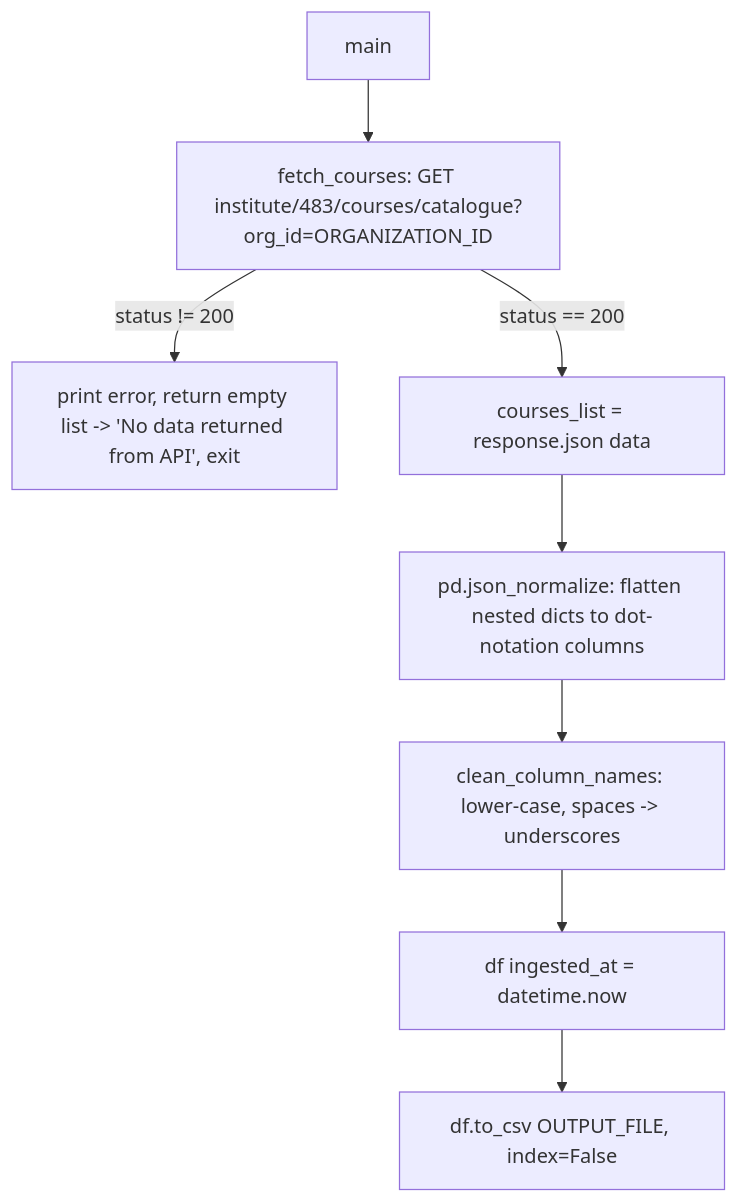
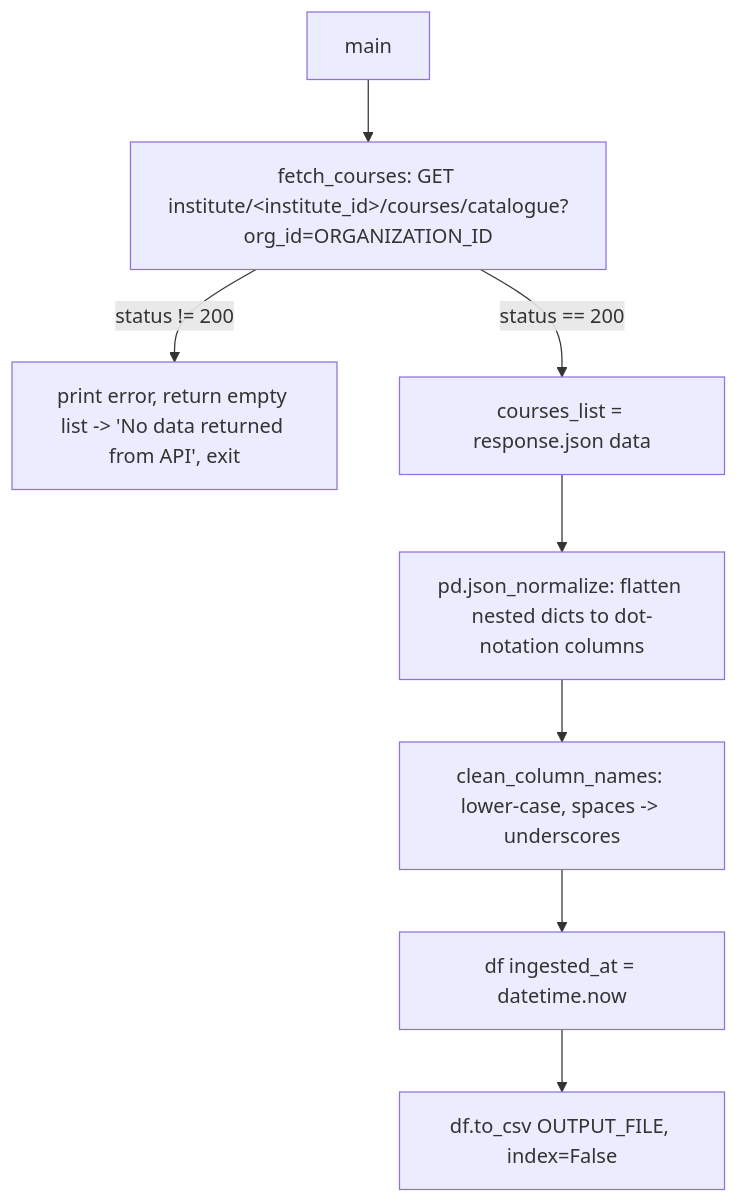
One commit to shubhamvyoma-oss/ela_datasets changed the diagram in course_catalogue_data/COURSE_CATALOGUE_DATA.md. Above: the diagram before and after it, drawn with Mermaid. The commit also changed other lines of this file and 23 other files, not shown here.

````diff
--- a/course_catalogue_data/COURSE_CATALOGUE_DATA.md
+++ b/course_catalogue_data/COURSE_CATALOGUE_DATA.md
@@ -11,10 +11,10 @@
 ```mermaid
 flowchart TD
-    A[main] --> B[fetch_courses: GET institute/483/courses/catalogue?org_id=ORGANIZATION_ID]
+    A[main] --> B[fetch_courses: GET institute/&lt;institute_id&gt;/courses/catalogue?org_id=ORGANIZATION_ID]
     B -->|status != 200| C[print error, return empty list -> 'No data returned from API', exit]
     B -->|status == 200| D[courses_list = response.json data]
     D --> E[pd.json_normalize: flatten nested dicts to dot-notation columns]
     E --> F[clean_column_names: lower-case, spaces -> underscores]
     F --> G[df ingested_at = datetime.now]
     G --> H[df.to_csv OUTPUT_FILE, index=False]
 ```
````
